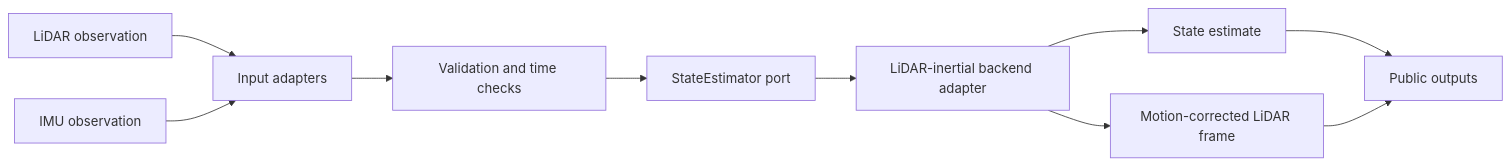
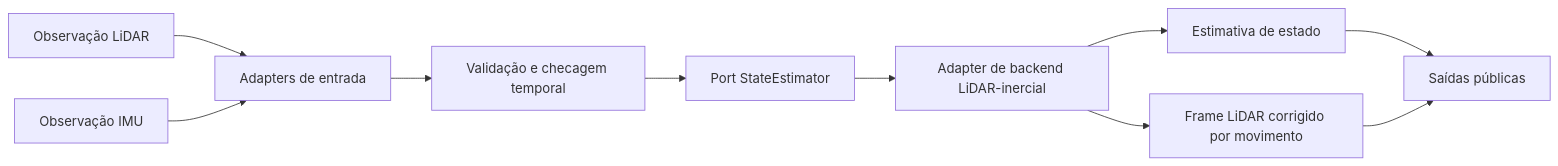
Before and after one commit to Alexandre-Tortoza/contextual-3d-mapping: the first of 4 diagrams in modules/state-estimation/docs/architecture.md, drawn with Mermaid. The commit also changed other lines of this file and 279 other files, not shown here.

````diff
--- a/modules/state-estimation/docs/architecture.md
+++ b/modules/state-estimation/docs/architecture.md
@@ -7,15 +7,15 @@
 ```mermaid
 flowchart LR
-    L[LiDAR observation] --> A[Input adapters]
-    I[IMU observation] --> A
+    L[Observação LiDAR] --> A[Adapters de entrada]
+    I[Observação IMU] --> A
 
-    A --> V[Validation and time checks]
-    V --> P[StateEstimator port]
+    A --> V[Validação e checagem temporal]
+    V --> P[Port StateEstimator]
 
-    P --> B[LiDAR-inertial backend adapter]
-    B --> S[State estimate]
-    B --> C[Motion-corrected LiDAR frame]
+    P --> B[Adapter de backend LiDAR-inercial]
+    B --> S[Estimativa de estado]
+    B --> C[Frame LiDAR corrigido por movimento]
 
-    S --> O[Public outputs]
+    S --> O[Saídas públicas]
     C --> O
 ```
````
